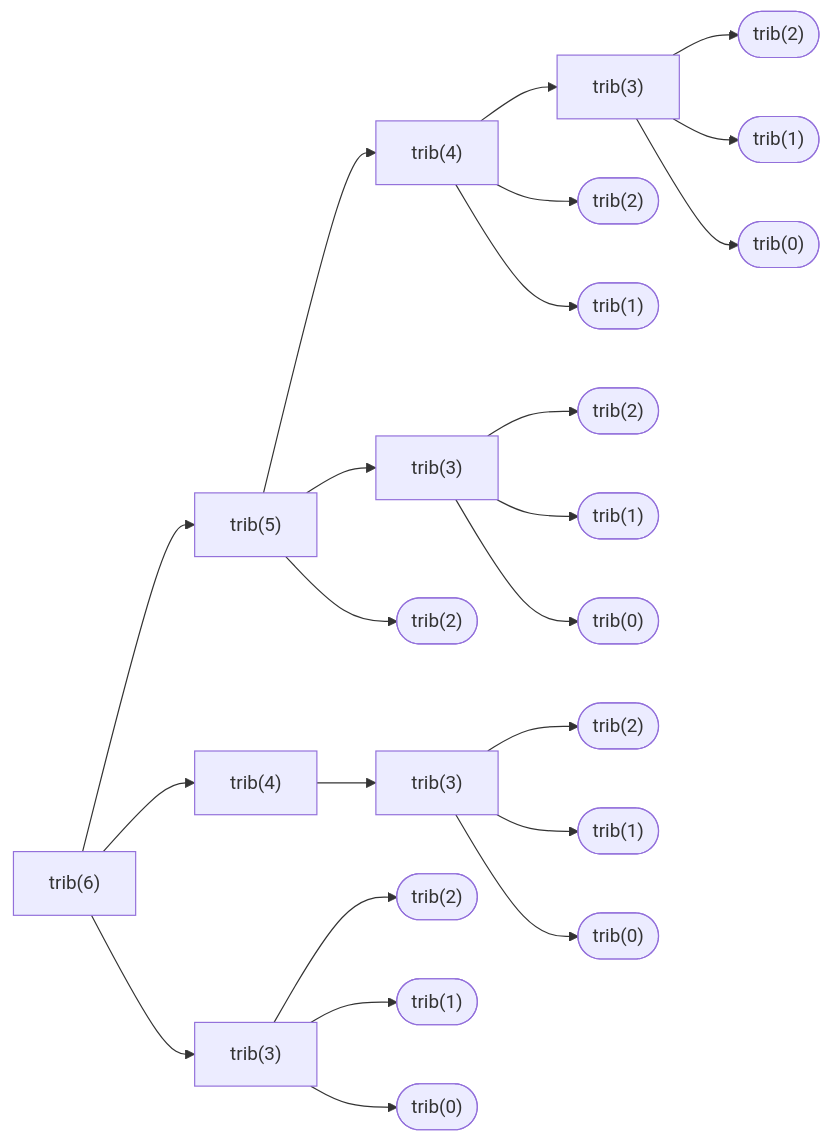
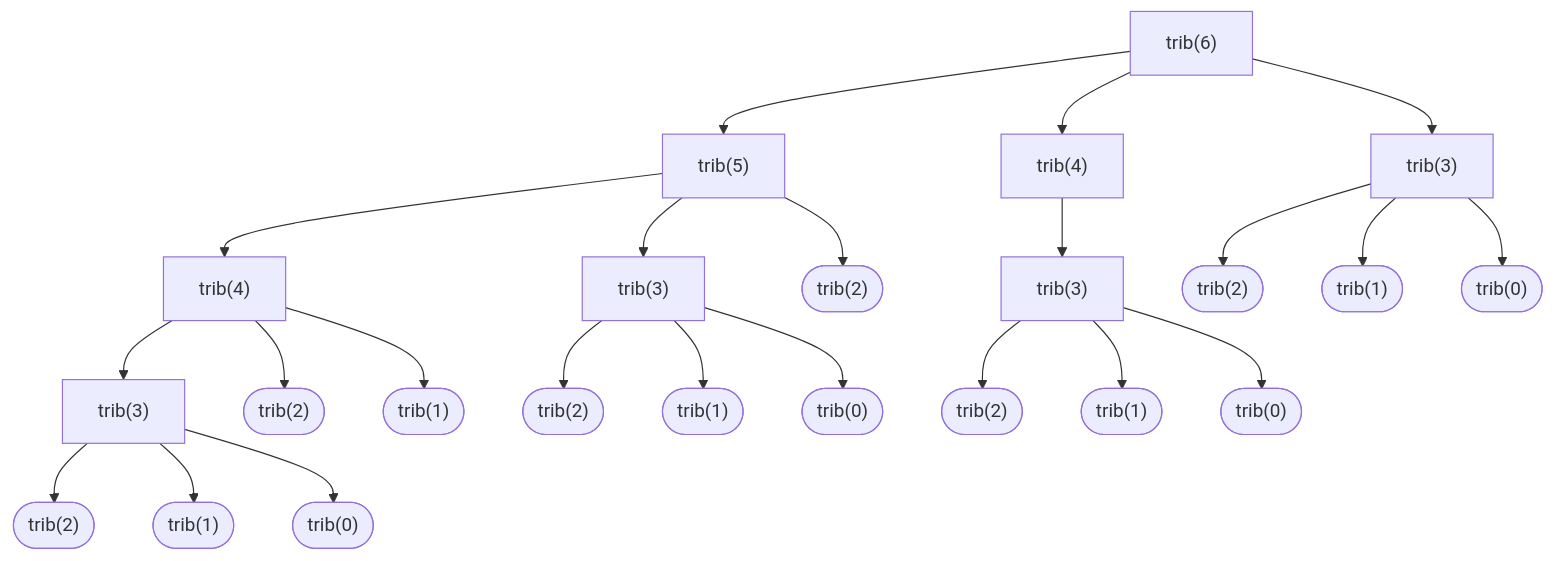
One commit to toastedbreadandomelette/playground changed the diagram in Maths/Documents/intermediate_maths_2.md. Above: the diagram before and after it, drawn with Mermaid. The commit also changed 16 other files, not shown here.

````diff
--- a/Maths/Documents/intermediate_maths_2.md
+++ b/Maths/Documents/intermediate_maths_2.md
@@ -23,17 +23,17 @@
 ```mermaid
-graph LR
+graph TD
 	A["<div class='display math'>trib(6)</div>"] --> B["<div class='display math'>trib(5)</div>"] --> E["<div class='display math'>trib(4)</div>"] --> N["<div class='display math'>trib(3)</div>"] --> W(["<div class='display math'>trib(2)</div>"]) & X(["<div class='display math'>trib(1)</div>"]) & Y(["<div class='display math'>trib(0)</div>"])
 	A --> C["<div class='display math'>trib(4)</div>"] & D["<div class='display math'>trib(3)</div>"]
 	
 	B --> F["<div class='display math'>trib(3)</div>"] & G(["<div class='display math'>trib(2)</div>"])
 
 	C --> H["<div class='display math'>trib(3)</div>"]
 
 	D --> K(["<div class='display math'>trib(2)</div>"]) & L(["<div class='display math'>trib(1)</div>"]) & M(["<div class='display math'>trib(0)</div>"])
 
 	E --> O(["<div class='display math'>trib(2)</div>"]) & P(["<div class='display math'>trib(1)</div>"])
 
 	F --> Q(["<div class='display math'>trib(2)</div>"]) & R(["<div class='display math'>trib(1)</div>"]) & S(["<div class='display math'>trib(0)</div>"])
 
 	H --> T(["<div class='display math'>trib(2)</div>"]) & U(["<div class='display math'>trib(1)</div>"]) & V(["<div class='display math'>trib(0)</div>"])
 ```
````
